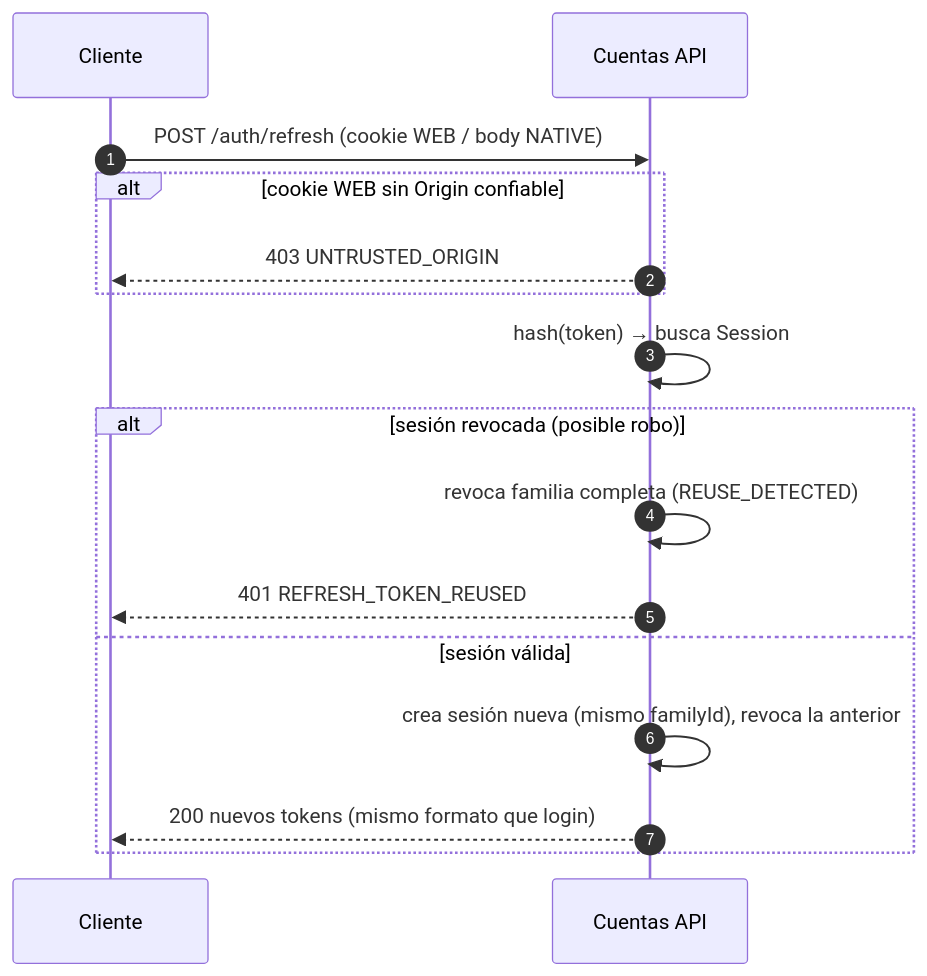
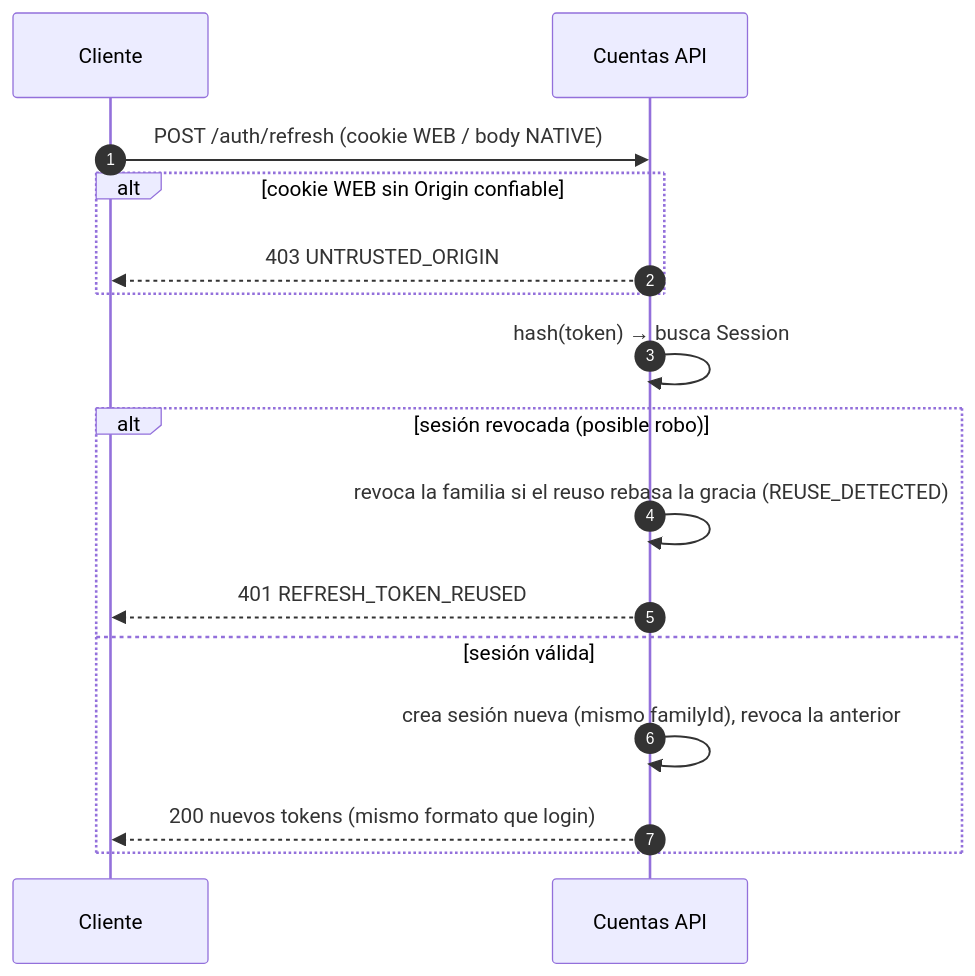
The fourth of 11 diagrams in docs/documentacion-tecnica-backend.md (hespinoza-ecint/cuentas-api), drawn with Mermaid before and after one commit. The commit also changed other lines of this file and 19 other files, not shown here.

````diff
--- a/docs/documentacion-tecnica-backend.md
+++ b/docs/documentacion-tecnica-backend.md
@@ -1406,18 +1410,18 @@
 ```mermaid
 sequenceDiagram
     autonumber
     participant C as Cliente
     participant API as Cuentas API
     C->>API: POST /auth/refresh (cookie WEB / body NATIVE)
     alt cookie WEB sin Origin confiable
         API-->>C: 403 UNTRUSTED_ORIGIN
     end
     API->>API: hash(token) → busca Session
     alt sesión revocada (posible robo)
-        API->>API: revoca familia completa (REUSE_DETECTED)
+        API->>API: revoca la familia si el reuso rebasa la gracia (REUSE_DETECTED)
         API-->>C: 401 REFRESH_TOKEN_REUSED
     else sesión válida
         API->>API: crea sesión nueva (mismo familyId), revoca la anterior
         API-->>C: 200 nuevos tokens (mismo formato que login)
     end
 ```
````
